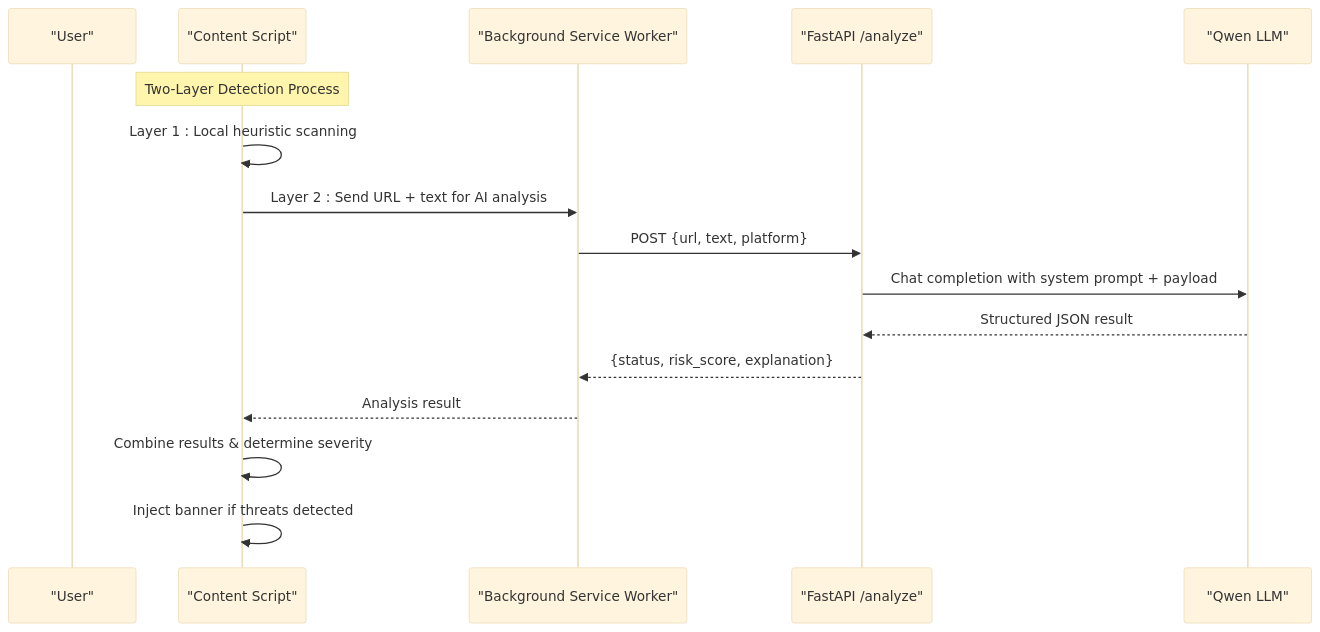
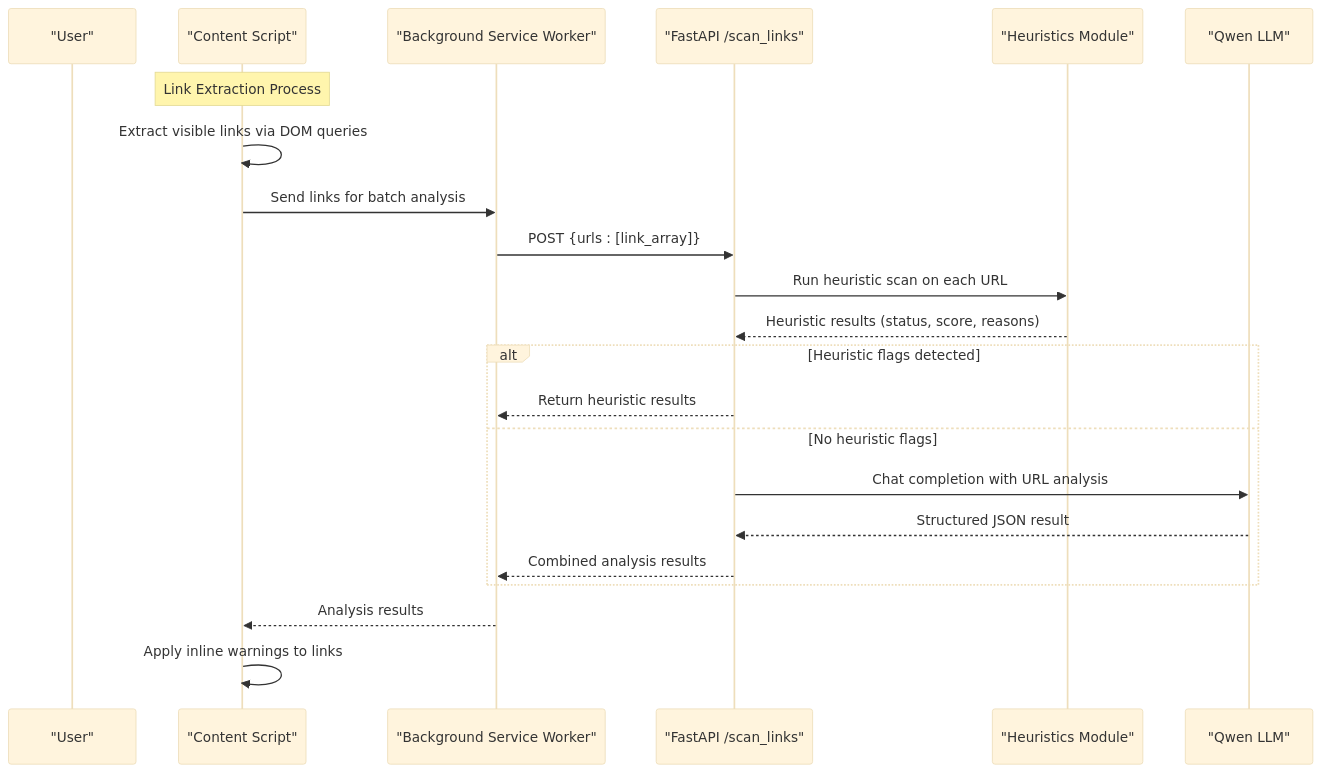
The second of 7 diagrams in .qoder/repowiki/en/content/Chrome Extension Development.md (Aymanaahh/scrollguard-ai), drawn with Mermaid (base theme) before and after one commit. The commit also changed other lines of this file and 36 other files, not shown here.

````diff
--- a/.qoder/repowiki/en/content/Chrome Extension Development.md
+++ b/.qoder/repowiki/en/content/Chrome Extension Development.md
@@ -107,18 +110,24 @@
 ```mermaid
 sequenceDiagram
 participant User as "User"
 participant CS as "Content Script"
 participant BG as "Background Service Worker"
-participant API as "FastAPI /analyze"
+participant API as "FastAPI /scan_links"
+participant HEUR as "Heuristics Module"
 participant LLM as "Qwen LLM"
-Note over CS : Two-Layer Detection Process
-CS->>CS : Layer 1 : Local heuristic scanning
-CS->>BG : Layer 2 : Send URL + text for AI analysis
-BG->>API : POST {url, text, platform}
-API->>LLM : Chat completion with system prompt + payload
+Note over CS : Link Extraction Process
+CS->>CS : Extract visible links via DOM queries
+CS->>BG : Send links for batch analysis
+BG->>API : POST {urls : [link_array]}
+API->>HEUR : Run heuristic scan on each URL
+HEUR-->>API : Heuristic results (status, score, reasons)
+alt Heuristic flags detected
+API-->>BG : Return heuristic results
+else No heuristic flags
+API->>LLM : Chat completion with URL analysis
 LLM-->>API : Structured JSON result
-API-->>BG : {status, risk_score, explanation}
-BG-->>CS : Analysis result
-CS->>CS : Combine results & determine severity
-CS->>CS : Inject banner if threats detected
+API-->>BG : Combined analysis results
+end
+BG-->>CS : Analysis results
+CS->>CS : Apply inline warnings to links
 ```
````
